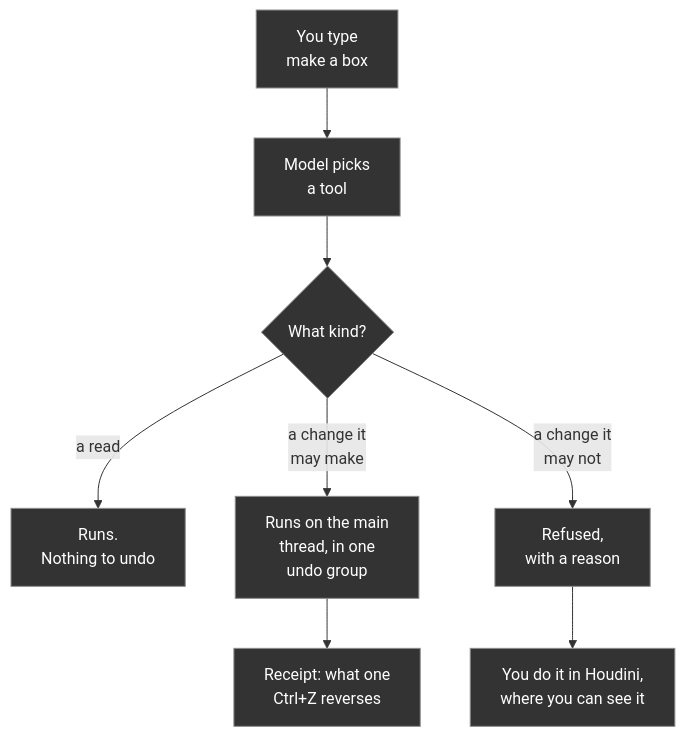
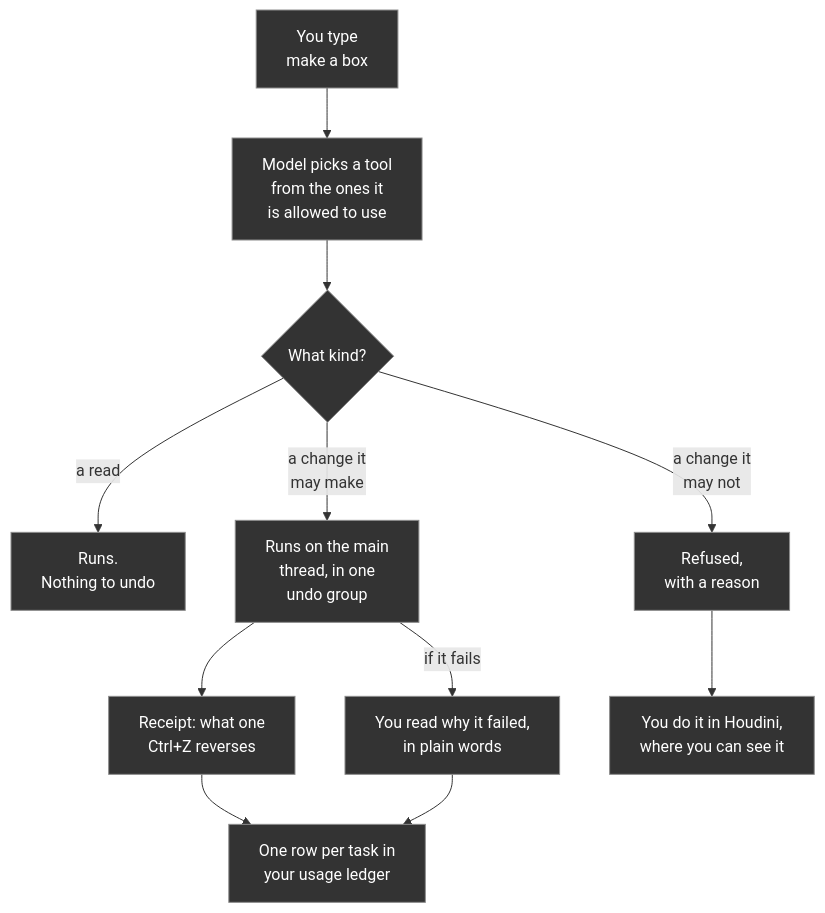
Before and after one commit to JosephOIbrahim/Synapse: the first of 3 diagrams in README.md, drawn with Mermaid. The commit also changed other lines of this file and 25 other files, not shown here.

````diff
--- a/README.md
+++ b/README.md
@@ -52,12 +52,15 @@
 ```mermaid
 flowchart TD
-    A["You type<br/>make a box"] --> B["Model picks<br/>a tool"]
+    A["You type<br/>make a box"] --> B["Model picks a tool<br/>from the ones it<br/>is allowed to use"]
     B --> C{"What kind?"}
     C -->|"a read"| R["Runs.<br/>Nothing to undo"]
     C -->|"a change it<br/>may make"| D["Runs on the main<br/>thread, in one<br/>undo group"]
     C -->|"a change it<br/>may not"| X["Refused,<br/>with a reason"]
     D --> G["Receipt: what one<br/>Ctrl+Z reverses"]
+    D -->|"if it fails"| F["You read why it failed,<br/>in plain words"]
     X --> P["You do it in Houdini,<br/>where you can see it"]
+    G --> L["One row per task in<br/>your usage ledger"]
+    F --> L
     classDef dark fill:#333333,stroke:#8C8C8C,stroke-width:1px,color:#FFFFFF
-    class A,B,C,R,D,X,G,P dark
+    class A,B,C,R,D,X,G,F,P,L dark
 ```
````
